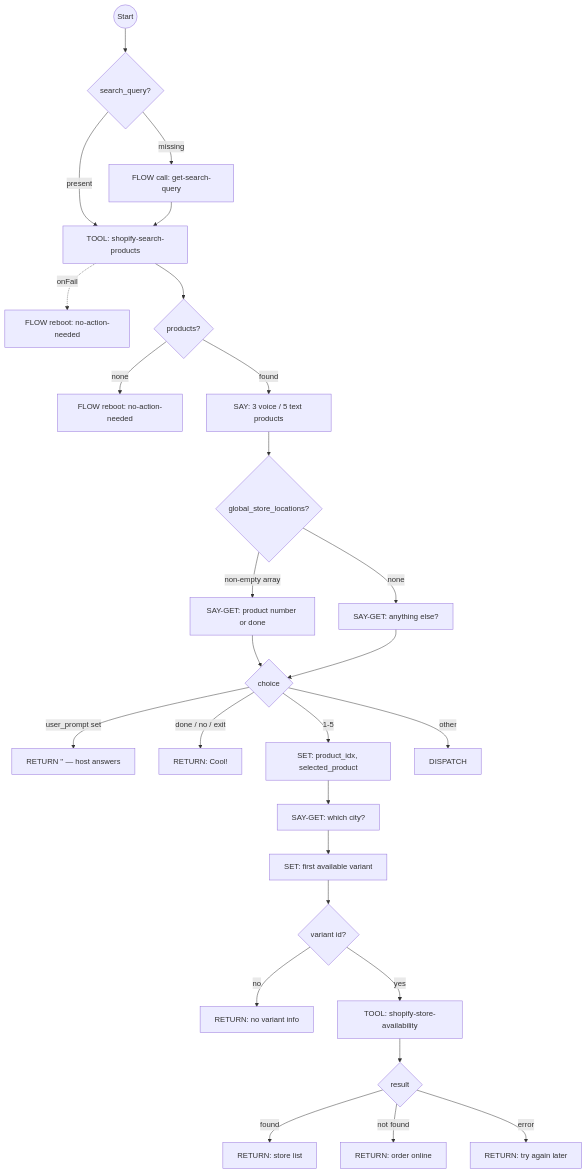
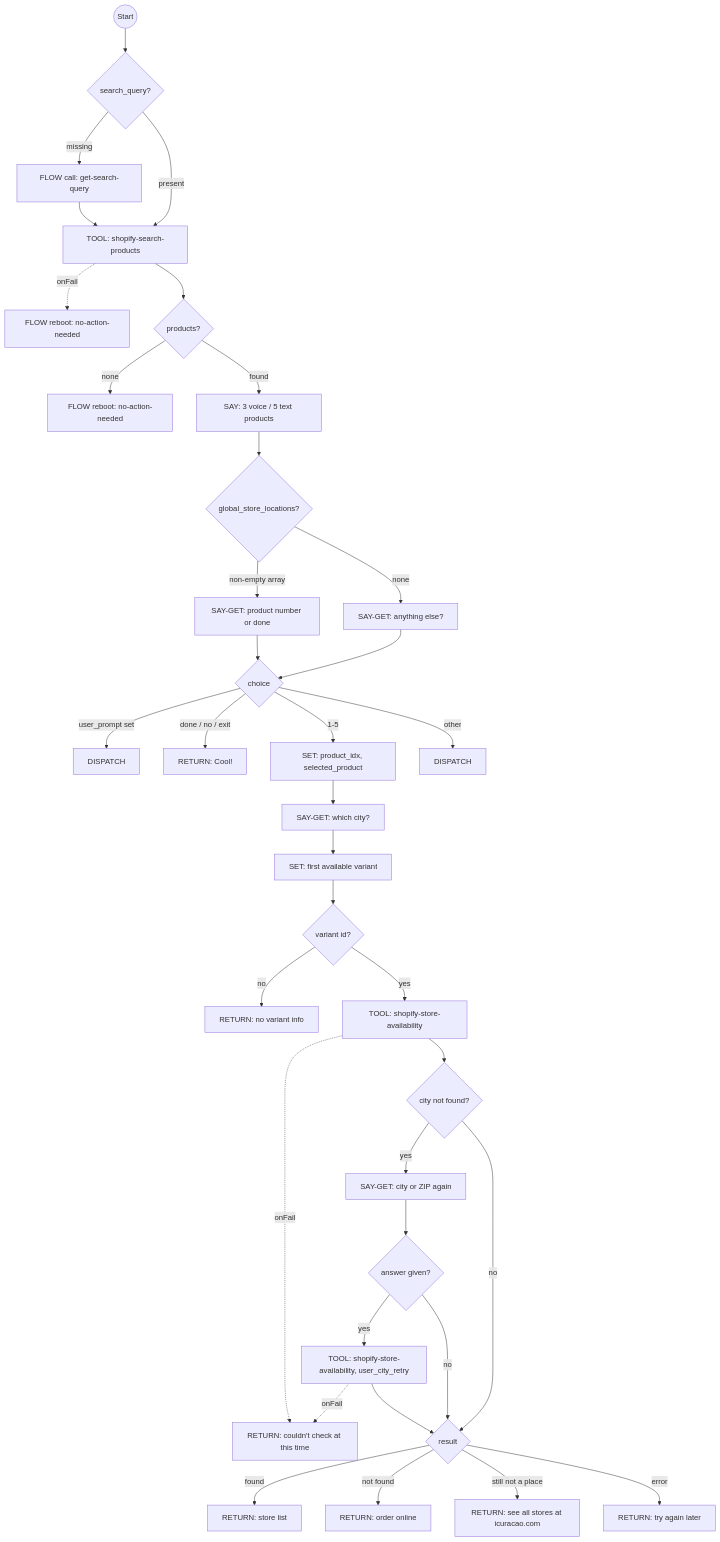
The first of 6 diagrams in docs/shopify-flows.md (ronpinkas/jsfe), drawn with Mermaid before and after one commit. The commit also changed other lines of this file and 1 other file, not shown here.

Commit message:
docs: system and Shopify flow pages match the bundled flows (live-agent-requested 1.6.0, authenticate-user 1.2.0, otp-sms-failed, otp-text-undeliverable, contact-support 1.2.0, OTP code flows, shopify-product-search 1.1.1)

````diff
--- a/docs/shopify-flows.md
+++ b/docs/shopify-flows.md
@@ -75,29 +78,38 @@
 ```mermaid
 graph TD
     start((Start)) --> has_query{search_query?}
     has_query -->|missing| ask_for_search_query[FLOW call: get-search-query]
     has_query -->|present| search_products
     ask_for_search_query --> search_products[TOOL: shopify-search-products]
     search_products -.->|onFail| search_failed[FLOW reboot: no-action-needed]
     search_products --> display_results{products?}
     display_results -->|none| no_results[FLOW reboot: no-action-needed]
     display_results -->|found| show_results[SAY: 3 voice / 5 text products]
     show_results --> stores{global_store_locations?}
     stores -->|non-empty array| ask_store_check[SAY-GET: product number or done]
     stores -->|none| all_done[SAY-GET: anything else?]
     ask_store_check --> choice{choice}
     all_done --> choice
-    choice -->|user_prompt set| no_choice_made["RETURN '' — host answers"]
+    choice -->|user_prompt set| no_choice_made[DISPATCH]
     choice -->|done / no / exit| end_search[RETURN: Cool!]
     choice -->|1-5| set_product_idx[SET: product_idx, selected_product]
     choice -->|other| invalid_choice[DISPATCH]
     set_product_idx --> ask_city[SAY-GET: which city?]
     ask_city --> set_selected_variant[SET: first available variant]
     set_selected_variant --> check_variant_valid{variant id?}
     check_variant_valid -->|no| no_variants[RETURN: no variant info]
     check_variant_valid -->|yes| lookup[TOOL: shopify-store-availability]
-    lookup --> display_availability{result}
+    lookup -.->|onFail| availability_failed[RETURN: couldn't check at this time]
+    lookup --> geocode_failed{city not found?}
+    geocode_failed -->|yes| ask_city_again[SAY-GET: city or ZIP again]
+    ask_city_again --> retry_answer{answer given?}
+    retry_answer -->|yes| lookup_retry[TOOL: shopify-store-availability, user_city_retry]
+    retry_answer -->|no| display_availability
+    lookup_retry -.->|onFail| availability_failed
+    lookup_retry --> display_availability
+    geocode_failed -->|no| display_availability{result}
     display_availability -->|found| show_stores[RETURN: store list]
     display_availability -->|not found| no_stock[RETURN: order online]
+    display_availability -->|still not a place| still_not_a_place[RETURN: see all stores at icuracao.com]
     display_availability -->|error| availability_error[RETURN: try again later]
 ```
````
